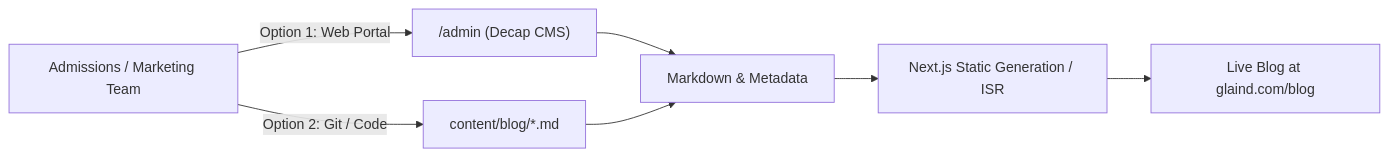
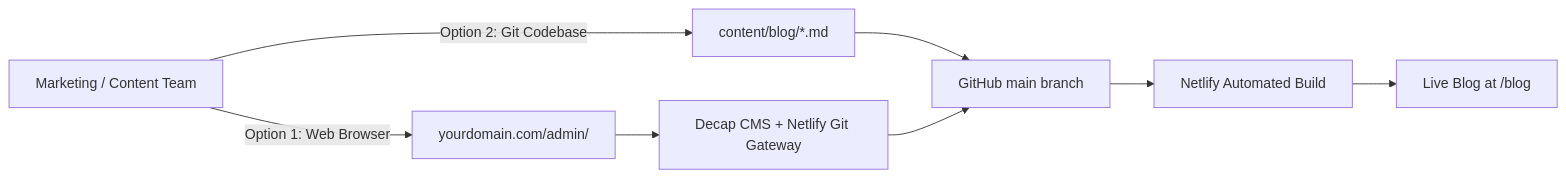
One commit to dharuv-20/GLA- changed the diagram in HANDOVER_AND_SOP.md. Above: the diagram before and after it, drawn with Mermaid. The commit also changed other lines of this file, not shown here.

Commit message:
docs: update handover SOP to reflect Netlify as active production host and add custom domain DNS guide

````diff
--- a/HANDOVER_AND_SOP.md
+++ b/HANDOVER_AND_SOP.md
@@ -65,9 +103,10 @@
 ```mermaid
 flowchart LR
-    A["Admissions / Marketing Team"] -->|"Option 1: Web Portal"| B["/admin (Decap CMS)"]
-    A -->|"Option 2: Git / Code"| C["content/blog/*.md"]
-    B --> D["Markdown & Metadata"]
-    C --> D
-    D --> E["Next.js Static Generation / ISR"]
-    E --> F["Live Blog at glaind.com/blog"]
+    A["Marketing / Content Team"] -->|"Option 1: Web Browser"| B["yourdomain.com/admin/"]
+    A -->|"Option 2: Git Codebase"| C["content/blog/*.md"]
+    B --> D["Decap CMS + Netlify Git Gateway"]
+    C --> E["GitHub main branch"]
+    D --> E
+    E --> F["Netlify Automated Build"]
+    F --> G["Live Blog at /blog"]
 ```
````
